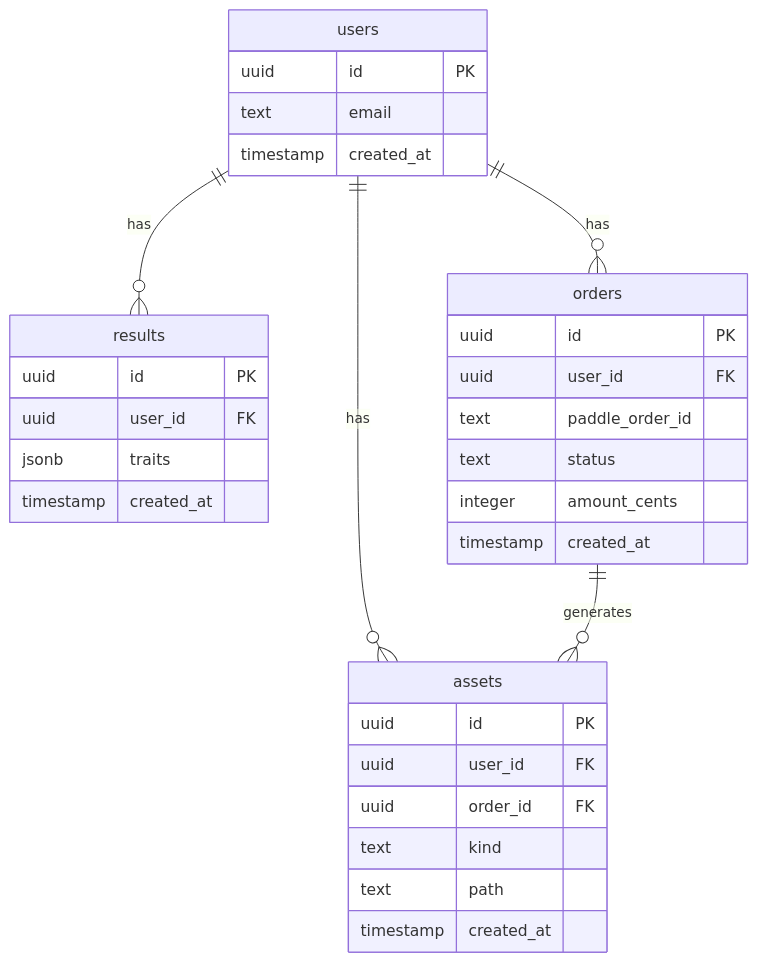
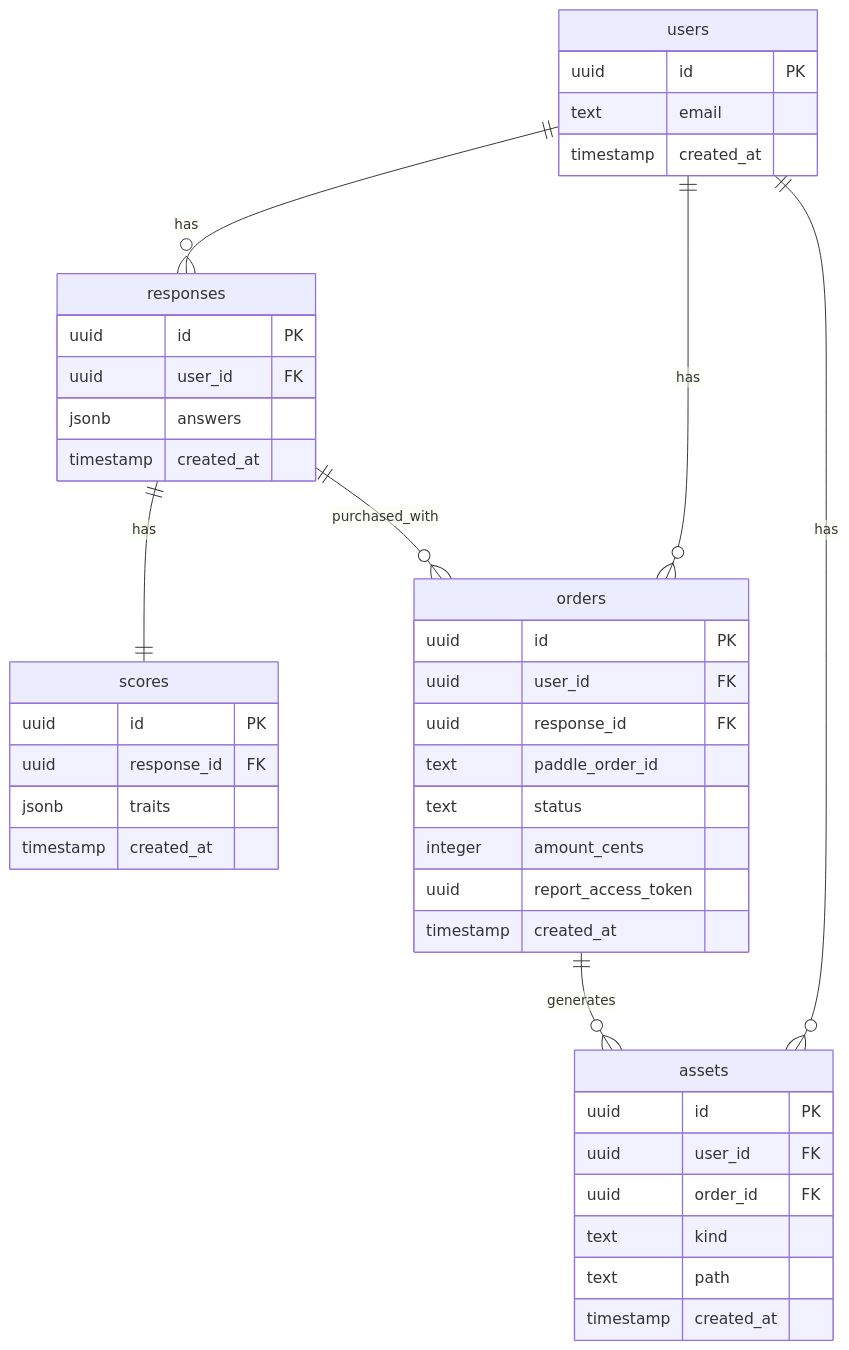
The diagram in docs/09-data-model-erd.md (necony286/TraitHarbor), drawn with Mermaid before and after one commit. The commit also changed other lines of this file, not shown here.

Commit message:
Update data model ERD for responses schema

````diff
--- a/docs/09-data-model-erd.md
+++ b/docs/09-data-model-erd.md
@@ -3,35 +3,45 @@
 ```mermaid
 erDiagram
-  users ||--o{ results : has
-  users ||--o{ orders  : has
-  users ||--o{ assets  : has
+  users ||--o{ responses : has
+  responses ||--|| scores : has
+  users ||--o{ orders : has
+  responses ||--o{ orders : purchased_with
+  users ||--o{ assets : has
   orders ||--o{ assets : generates
 
   users {
     uuid id PK
     text email
     timestamp created_at
   }
-  results {
+  responses {
     uuid id PK
     uuid user_id FK
+    jsonb answers
+    timestamp created_at
+  }
+  scores {
+    uuid id PK
+    uuid response_id FK
     jsonb traits
     timestamp created_at
   }
   orders {
     uuid id PK
     uuid user_id FK
+    uuid response_id FK
     text paddle_order_id
     text status
     integer amount_cents
+    uuid report_access_token
     timestamp created_at
   }
   assets {
     uuid id PK
     uuid user_id FK
     uuid order_id FK
     text kind
     text path
     timestamp created_at
   }
 ```
````
